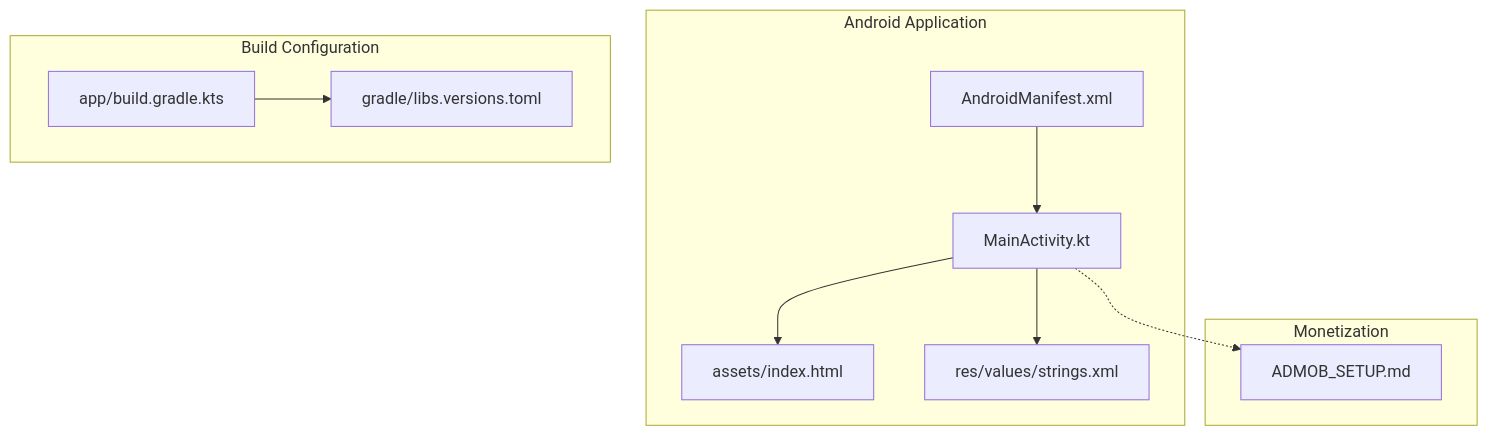
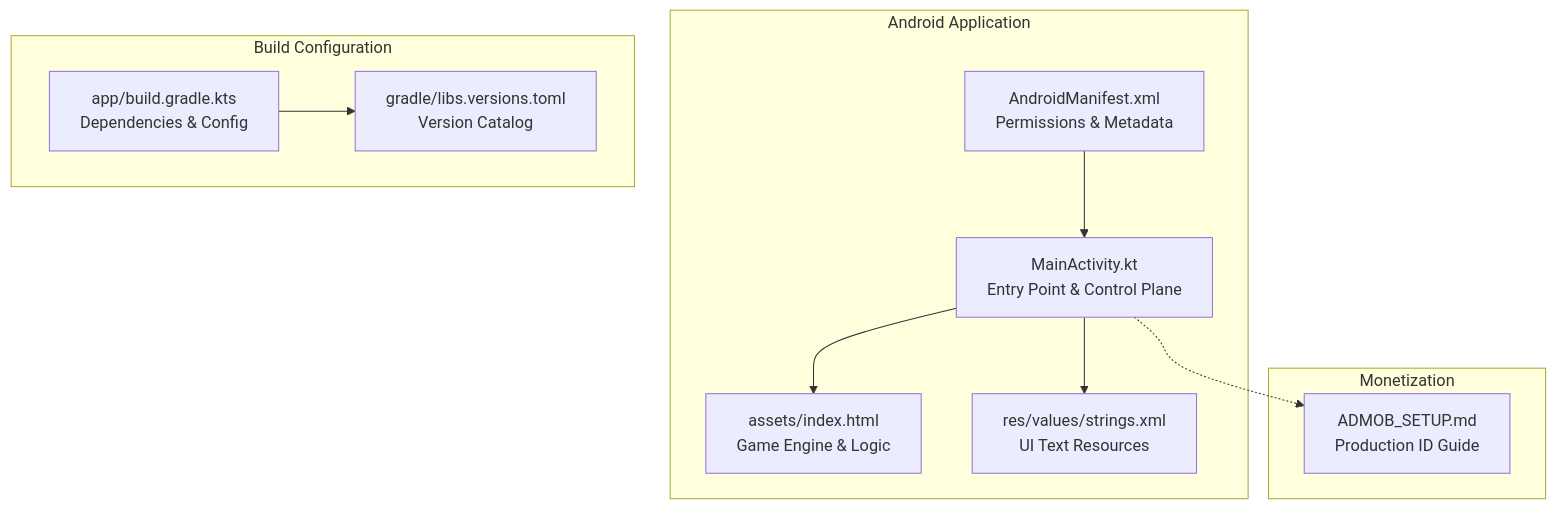
One commit to chetanck03/games changed the first of 10 diagrams in .qoder/repowiki/en/content/Architecture & Design/Architecture & Design.md. Above: the diagram before and after it, drawn with Mermaid. The commit also changed other lines of this file and 6 other files, not shown here.

````diff
--- a/.qoder/repowiki/en/content/Architecture & Design/Architecture & Design.md
+++ b/.qoder/repowiki/en/content/Architecture & Design/Architecture & Design.md
@@ -36,21 +45,21 @@
 ```mermaid
 graph TB
 subgraph "Android Application"
-A["AndroidManifest.xml"]
-B["MainActivity.kt"]
-C["assets/index.html"]
-D["res/values/strings.xml"]
+A["AndroidManifest.xml<br/>Permissions & Metadata"]
+B["MainActivity.kt<br/>Entry Point & Control Plane"]
+C["assets/index.html<br/>Game Engine & Logic"]
+D["res/values/strings.xml<br/>UI Text Resources"]
 end
 subgraph "Build Configuration"
-E["app/build.gradle.kts"]
-F["gradle/libs.versions.toml"]
+E["app/build.gradle.kts<br/>Dependencies & Config"]
+F["gradle/libs.versions.toml<br/>Version Catalog"]
 end
 subgraph "Monetization"
-G["ADMOB_SETUP.md"]
+G["ADMOB_SETUP.md<br/>Production ID Guide"]
 end
 A --> B
 B --> C
 B --> D
 E --> F
 B -.-> G
 ```
````
